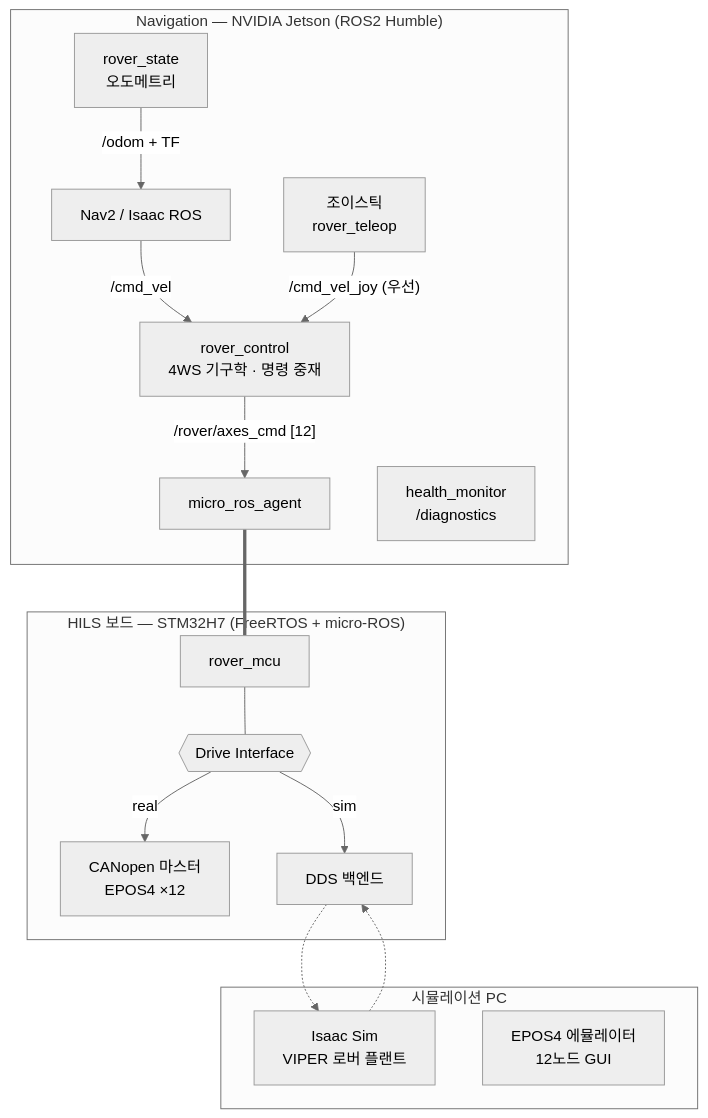
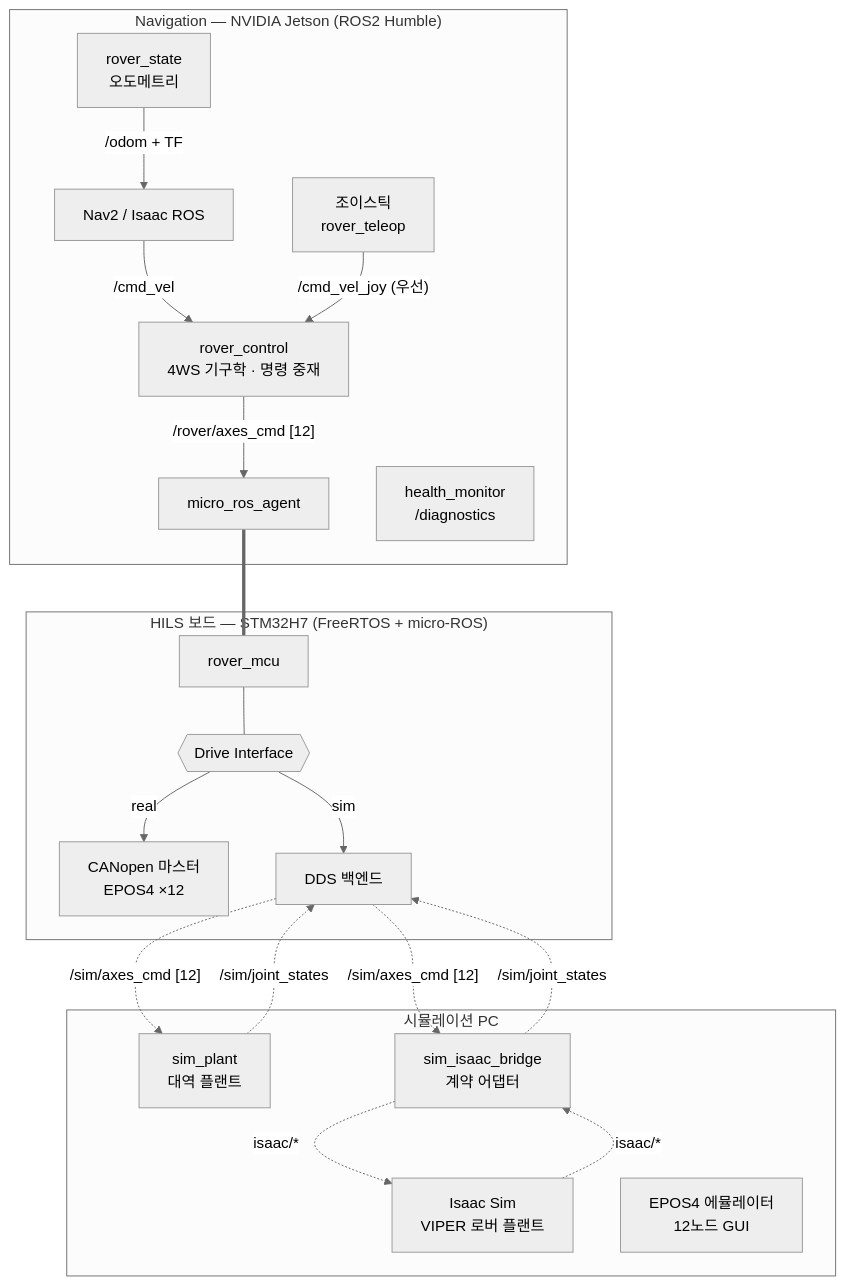
The first of 2 diagrams in homepage-src/docs/projects/l-project-hils.md (parclab-hsu/parclab-hsu.github.io), drawn with Mermaid (neutral theme) before and after one commit. The commit also changed other lines of this file and 4 other files, not shown here.

First line of the commit message:
아키텍처 다이어그램에 시뮬레이터 어댑터 계층 반영 (AD-002 v2.7 동기화)

````diff
--- a/homepage-src/docs/projects/l-project-hils.md
+++ b/homepage-src/docs/projects/l-project-hils.md
@@ -42,25 +42,31 @@
 ```mermaid
 flowchart TB
     subgraph J["Navigation — NVIDIA Jetson (ROS2 Humble)"]
         NAV[Nav2 / Isaac ROS] -- /cmd_vel --> RC[rover_control<br/>4WS 기구학 · 명령 중재]
         JOY[조이스틱<br/>rover_teleop] -- "/cmd_vel_joy (우선)" --> RC
         RC -- "/rover/axes_cmd [12]" --> AG[micro_ros_agent]
         RS[rover_state<br/>오도메트리] -- /odom + TF --> NAV
         HM[health_monitor<br/>/diagnostics]
     end
 
     subgraph B["HILS 보드 — STM32H7 (FreeRTOS + micro-ROS)"]
         MCU[rover_mcu] --- DIF{{Drive Interface}}
         DIF -- real --> EPOS[CANopen 마스터<br/>EPOS4 ×12]
         DIF -- sim --> DSIM[DDS 백엔드]
     end
 
     subgraph S["시뮬레이션 PC"]
+        PL[sim_plant<br/>대역 플랜트]
+        BR[sim_isaac_bridge<br/>계약 어댑터]
         SIM[Isaac Sim<br/>VIPER 로버 플랜트]
         EMU[EPOS4 에뮬레이터<br/>12노드 GUI]
+        BR -. "isaac/*" .-> SIM
+        SIM -. "isaac/*" .-> BR
     end
 
     AG === MCU
-    DSIM -.-> SIM
-    SIM -.-> DSIM
+    DSIM -. "/sim/axes_cmd [12]" .-> PL
+    PL -. "/sim/joint_states" .-> DSIM
+    DSIM -. "/sim/axes_cmd [12]" .-> BR
+    BR -. "/sim/joint_states" .-> DSIM
 ```
````
